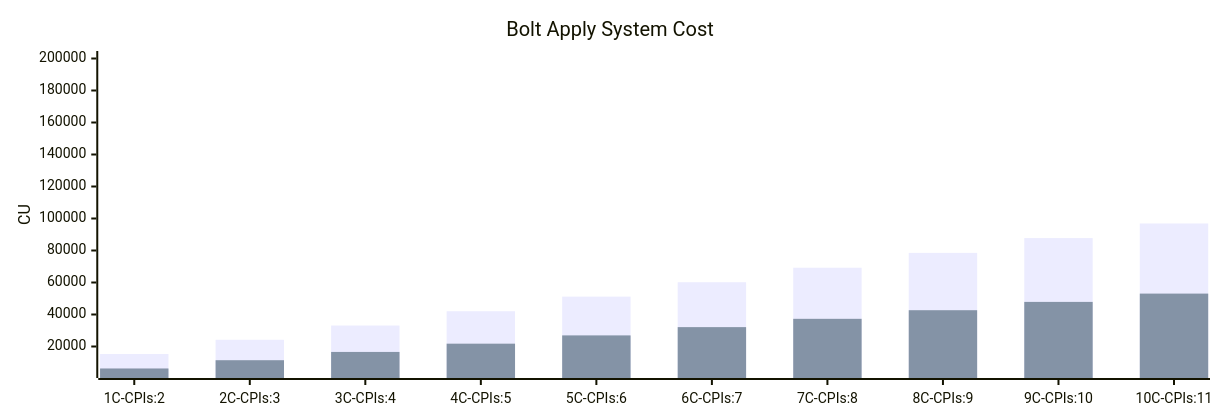
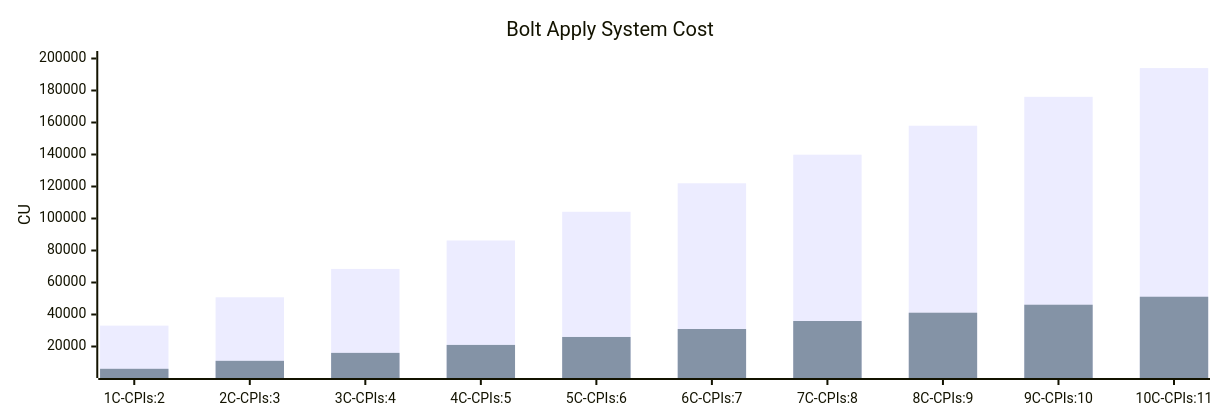
The diagram in docs/REPORT.md (magicblock-labs/bolt), drawn with Mermaid before and after one commit. The commit also changed 20 other files, not shown here.

````diff
--- a/docs/REPORT.md
+++ b/docs/REPORT.md
@@ -1,9 +1,9 @@
 ```mermaid
 %%{init: {"xyChart": {"width": 1200, "height": 400, "xAxis": {}}}}%%
 xychart
     title "Bolt Apply System Cost"
     x-axis ["1C-CPIs:2","2C-CPIs:3","3C-CPIs:4","4C-CPIs:5","5C-CPIs:6","6C-CPIs:7","7C-CPIs:8","8C-CPIs:9","9C-CPIs:10","10C-CPIs:11"]
     y-axis "CU" 5000 --> 200000
-    bar [15296,24187,33103,42045,51179,60182,69231,78500,87769,96903]
-    bar [6261,11434,16602,21770,26938,32110,37301,42684,47875,53067]
+    bar [33051,50759,68492,86251,104202,122022,139888,157974,176060,194011]
+    bar [6065,11042,16014,20986,25958,30934,35929,41116,46111,51107]
 ```
````
